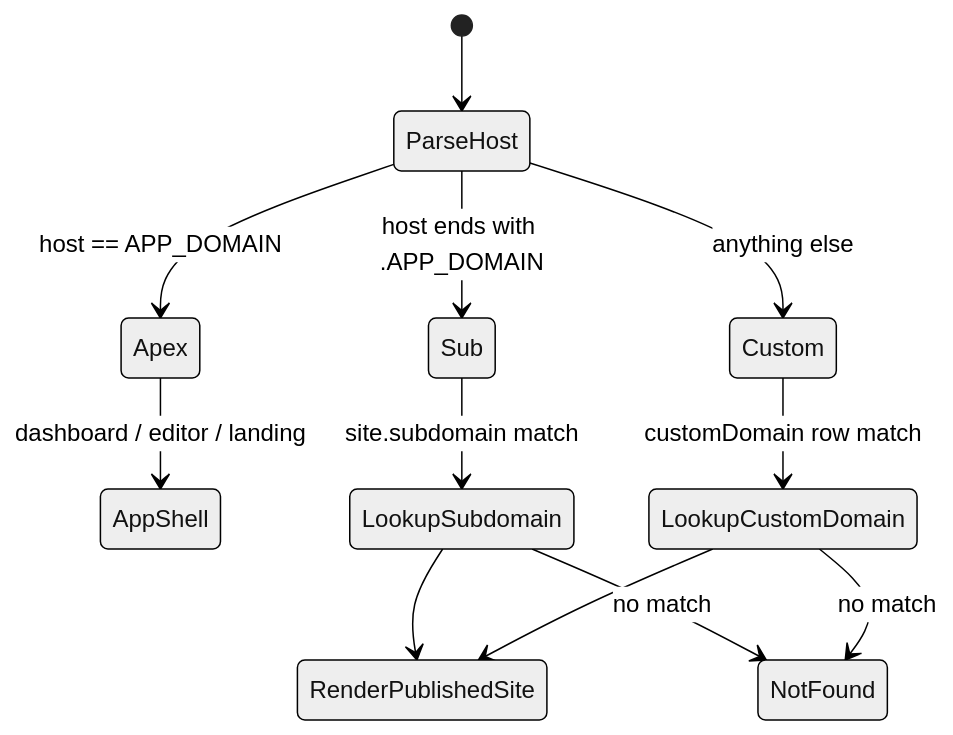
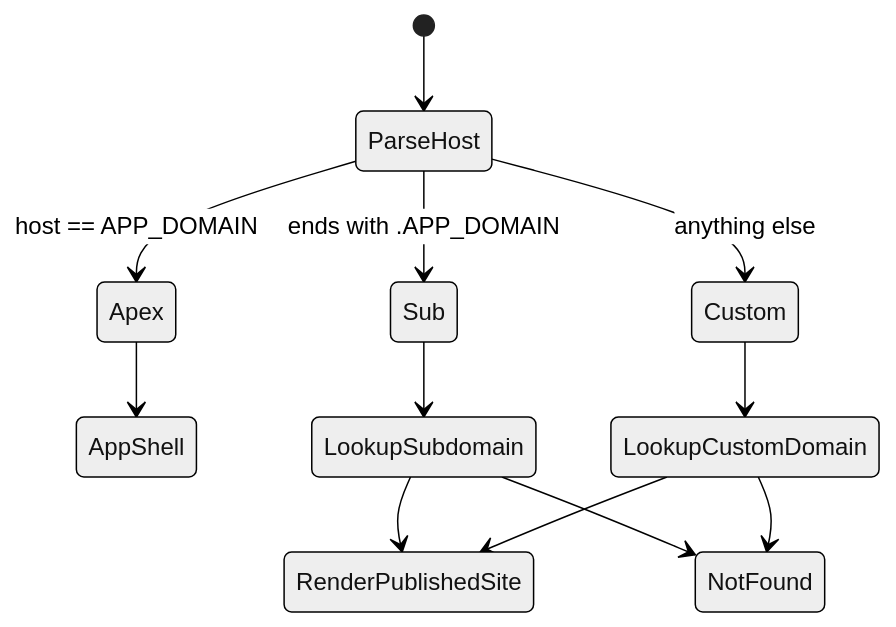
The third of 35 diagrams in docs/demo/diagrams/live-draw-reference.md (aayushman-singh/open-canvas), drawn with Mermaid (neutral theme) before and after one commit. The commit also changed other lines of this file and 1 other file, not shown here.

````diff
--- a/docs/demo/diagrams/live-draw-reference.md
+++ b/docs/demo/diagrams/live-draw-reference.md
@@ -155,14 +132,14 @@
 ```mermaid
 stateDiagram-v2
   [*] --> ParseHost
   ParseHost --> Apex: host == APP_DOMAIN
-  ParseHost --> Sub: host ends with .APP_DOMAIN
+  ParseHost --> Sub: ends with .APP_DOMAIN
   ParseHost --> Custom: anything else
-  Apex --> AppShell: dashboard / editor / landing
-  Sub --> LookupSubdomain: site.subdomain match
-  Custom --> LookupCustomDomain: customDomain row match
+  Apex --> AppShell
+  Sub --> LookupSubdomain
+  Custom --> LookupCustomDomain
   LookupSubdomain --> RenderPublishedSite
   LookupCustomDomain --> RenderPublishedSite
-  LookupSubdomain --> NotFound: no match
-  LookupCustomDomain --> NotFound: no match
+  LookupSubdomain --> NotFound
+  LookupCustomDomain --> NotFound
 ```
````
